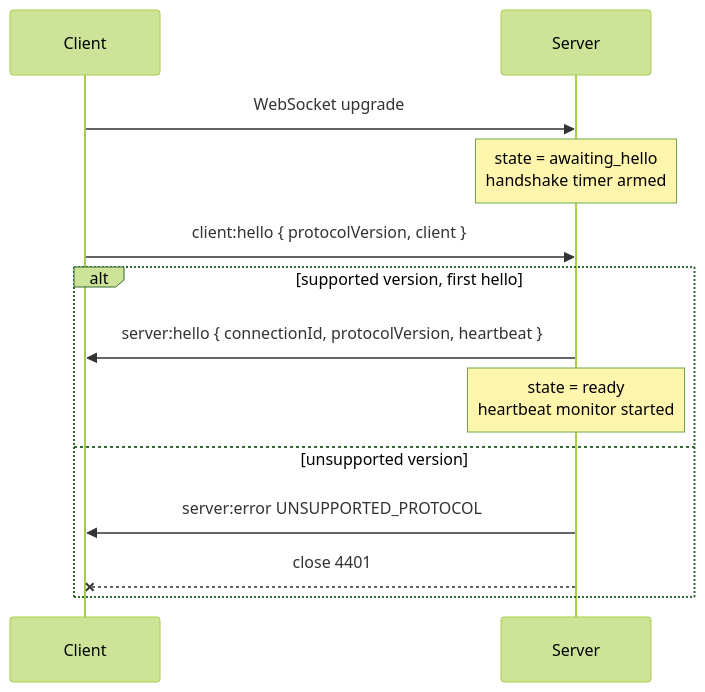
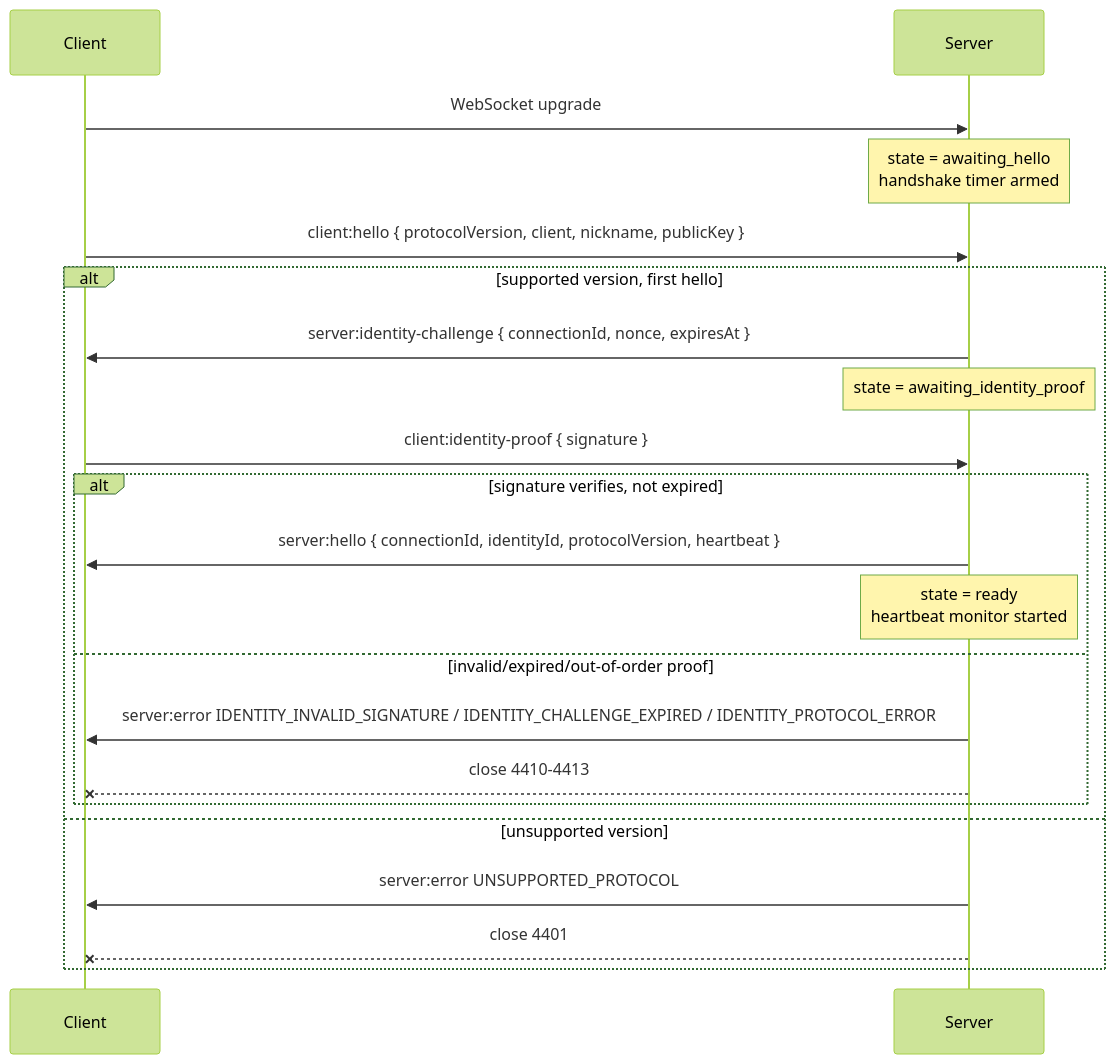
Before and after one commit to RodCas11/OvniChat: the first of 2 diagrams in docs/architecture/REALTIME_PROTOCOL.md, drawn with Mermaid (forest theme). The commit also changed other lines of this file and 64 other files, not shown here.

First line of the commit message:
feat: implement local cryptographic client identity (T7)

````diff
--- a/docs/architecture/REALTIME_PROTOCOL.md
+++ b/docs/architecture/REALTIME_PROTOCOL.md
@@ -90,16 +100,24 @@
 ```mermaid
 sequenceDiagram
     participant C as Client
     participant S as Server
 
     C->>S: WebSocket upgrade
     Note over S: state = awaiting_hello<br/>handshake timer armed
-    C->>S: client:hello { protocolVersion, client }
+    C->>S: client:hello { protocolVersion, client, nickname, publicKey }
     alt supported version, first hello
-        S->>C: server:hello { connectionId, protocolVersion, heartbeat }
-        Note over S: state = ready<br/>heartbeat monitor started
+        S->>C: server:identity-challenge { connectionId, nonce, expiresAt }
+        Note over S: state = awaiting_identity_proof
+        C->>S: client:identity-proof { signature }
+        alt signature verifies, not expired
+            S->>C: server:hello { connectionId, identityId, protocolVersion, heartbeat }
+            Note over S: state = ready<br/>heartbeat monitor started
+        else invalid/expired/out-of-order proof
+            S->>C: server:error IDENTITY_INVALID_SIGNATURE / IDENTITY_CHALLENGE_EXPIRED / IDENTITY_PROTOCOL_ERROR
+            S--xC: close 4410-4413
+        end
     else unsupported version
         S->>C: server:error UNSUPPORTED_PROTOCOL
         S--xC: close 4401
     end
 ```
````
